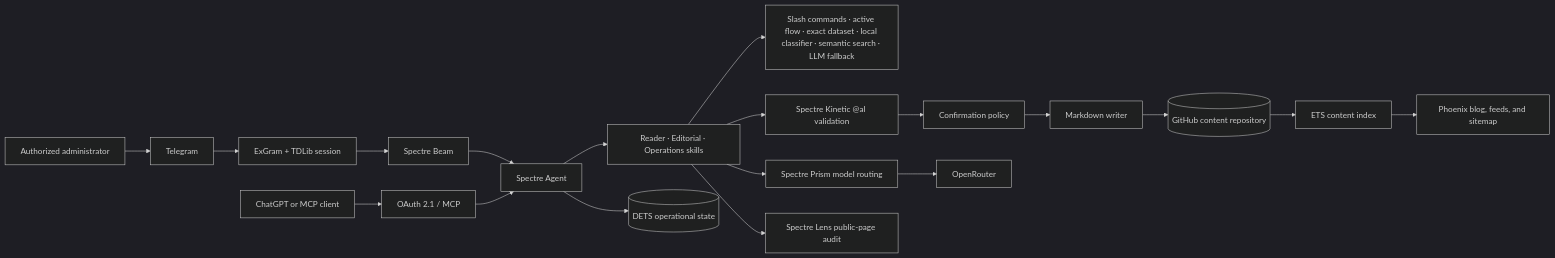
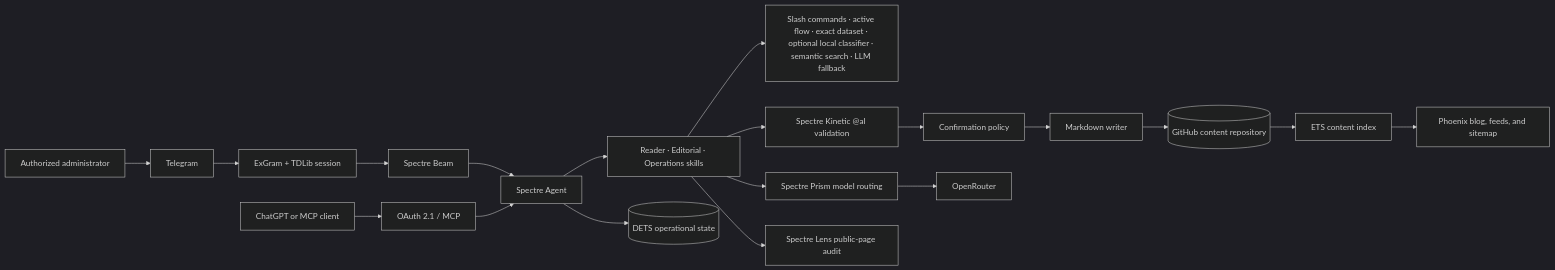
One commit to elchemista/ex_blog changed the diagram in README.md. Above: the diagram before and after it, drawn with Mermaid (dark theme). The commit also changed other lines of this file, not shown here.

````diff
--- a/README.md
+++ b/README.md
@@ -30,21 +31,21 @@
 ```mermaid
 flowchart LR
     Admin[Authorized administrator] --> Telegram[Telegram]
     Telegram --> ExGram[ExGram + TDLib session]
     ExGram --> Beam[Spectre Beam]
     ChatGPT[ChatGPT or MCP client] --> MCP[OAuth 2.1 / MCP]
     Beam --> Agent[Spectre Agent]
     MCP --> Agent
     Agent --> Skills[Reader · Editorial · Operations skills]
-    Skills --> Router[Slash commands · active flow · exact dataset · local classifier · semantic search · LLM fallback]
+    Skills --> Router[Slash commands · active flow · exact dataset · optional local classifier · semantic search · LLM fallback]
     Skills --> Kinetic[Spectre Kinetic @al validation]
     Skills --> Prism[Spectre Prism model routing]
     Skills --> Lens[Spectre Lens public-page audit]
     Kinetic --> Policy[Confirmation policy]
     Policy --> Writer[Markdown writer]
     Writer --> GitHub[(GitHub content repository)]
     GitHub --> Index[ETS content index]
     Index --> Phoenix[Phoenix blog, feeds, and sitemap]
     Prism --> OpenRouter[OpenRouter]
     Agent --> DETS[(DETS operational state)]
 ```
````
